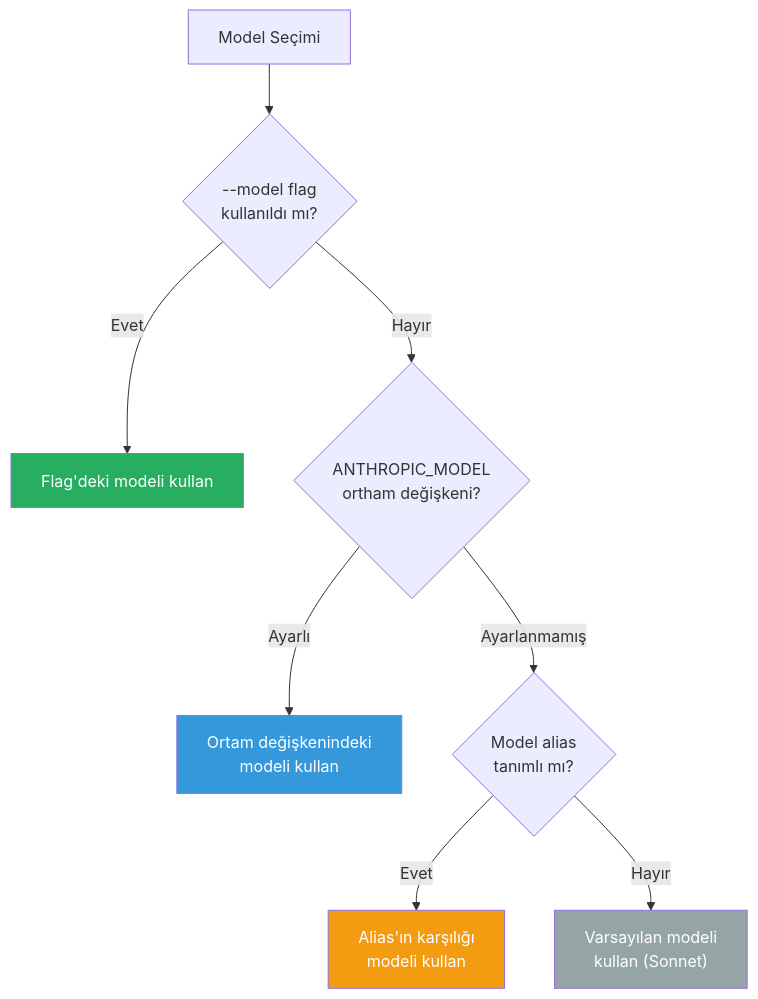
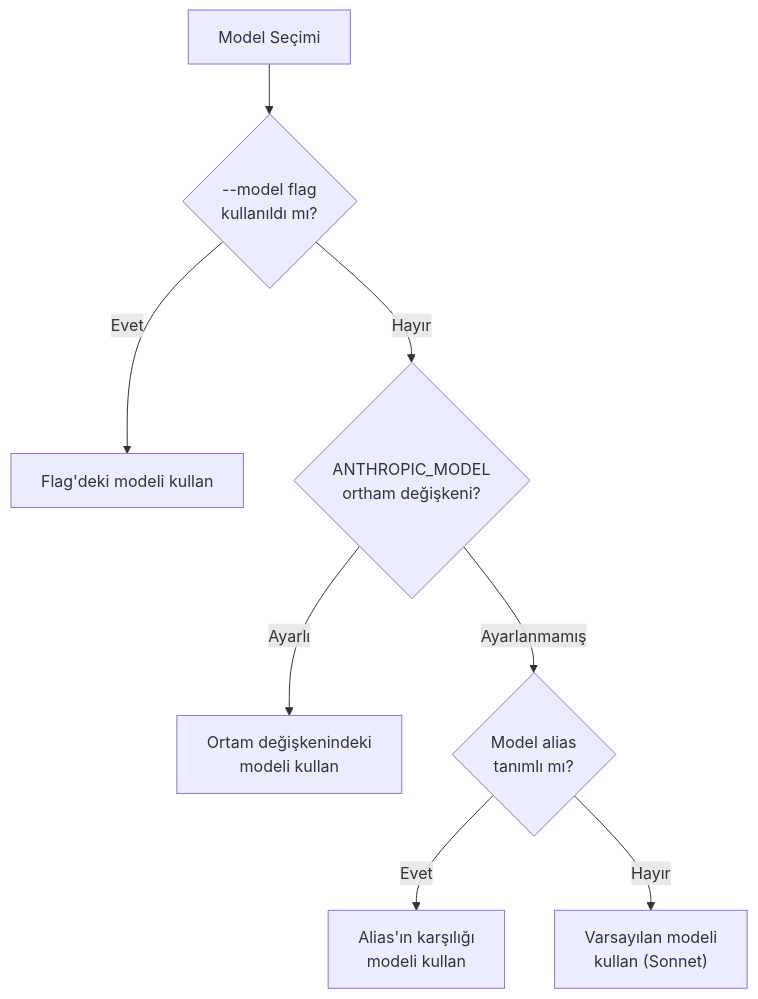
The first of 5 diagrams in 17-konfigurasyon/04-model-konfigurasyonu.md (IzzetYasinAtes/ClaudeCodeHandbook), drawn with Mermaid before and after one commit. The commit also changed other lines of this file and 97 other files, not shown here.

Commit message:
Remove all custom Mermaid style/fill colors from 98 markdown files for consistent dark theme rendering

````diff
--- a/17-konfigurasyon/04-model-konfigurasyonu.md
+++ b/17-konfigurasyon/04-model-konfigurasyonu.md
@@ -19,15 +19,11 @@
 ```mermaid
 flowchart TD
     START["Model Seçimi"] --> FLAG{"--model flag<br/>kullanıldı mı?"}
     FLAG -->|Evet| USE_FLAG["Flag'deki modeli kullan"]
     FLAG -->|Hayır| ENV{"ANTHROPIC_MODEL<br/>ortham değişkeni?"}
     ENV -->|Ayarlı| USE_ENV["Ortam değişkenindeki<br/>modeli kullan"]
     ENV -->|Ayarlanmamış| ALIAS{"Model alias<br/>tanımlı mı?"}
     ALIAS -->|Evet| USE_ALIAS["Alias'ın karşılığı<br/>modeli kullan"]
     ALIAS -->|Hayır| DEFAULT["Varsayılan modeli<br/>kullan (Sonnet)"]
 
-    style USE_FLAG fill:#27AE60,color:#fff
-    style USE_ENV fill:#3498DB,color:#fff
-    style USE_ALIAS fill:#F39C12,color:#fff
-    style DEFAULT fill:#95A5A6,color:#fff
 ```
````
